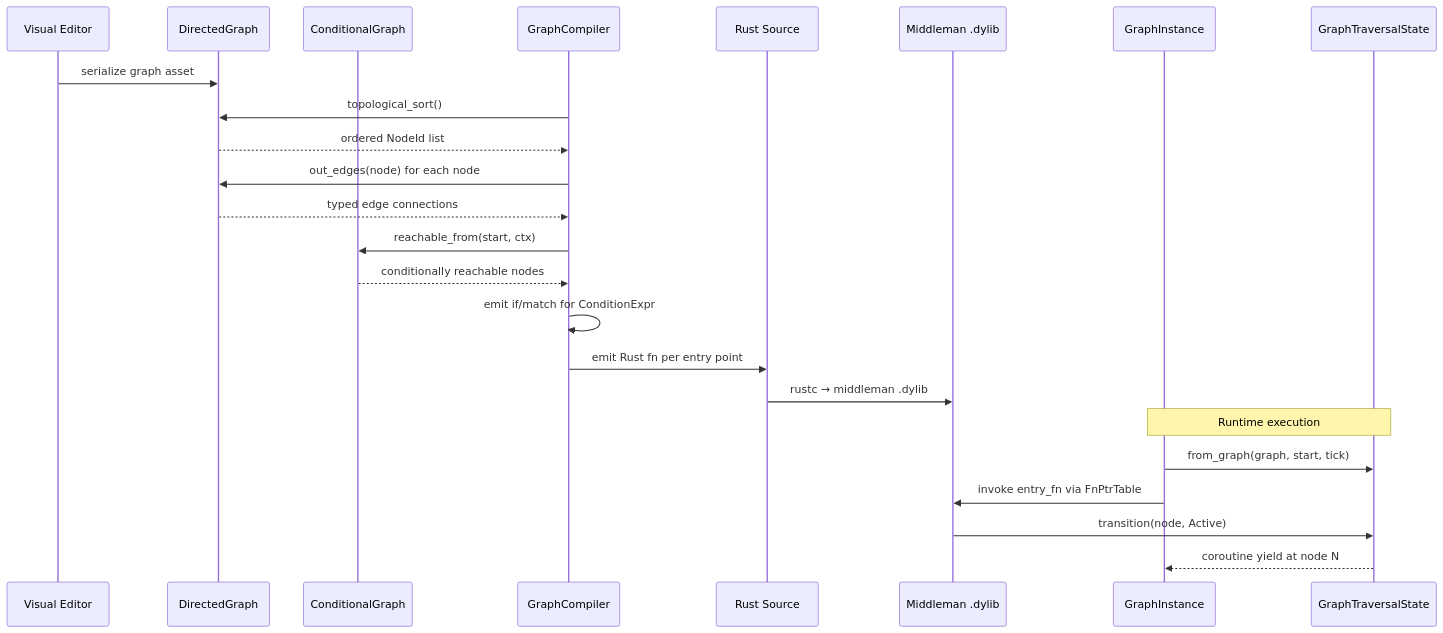
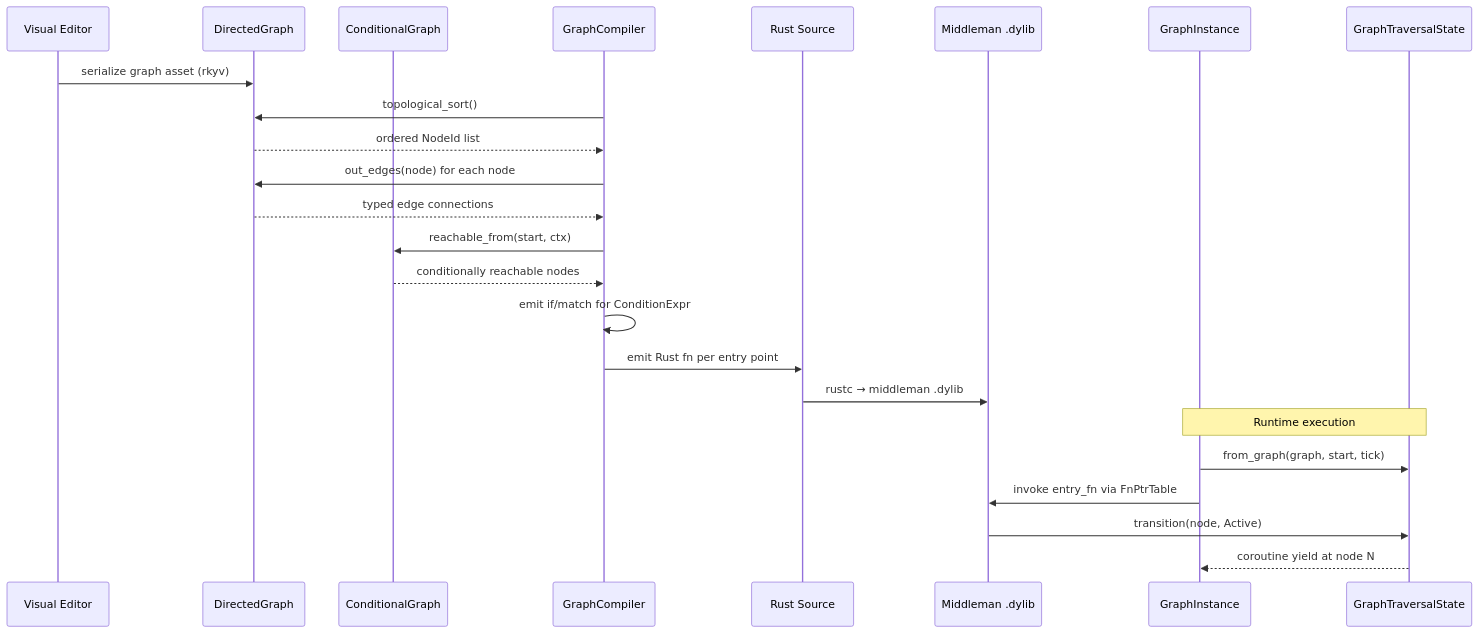
One commit to harmonius-dev/harmonius changed the second of 2 diagrams in docs/design/integration/directed-graphs-scripting.md. Above: the diagram before and after it, drawn with Mermaid. The commit also changed other lines of this file and 57 other files, not shown here.

````diff
--- a/docs/design/integration/directed-graphs-scripting.md
+++ b/docs/design/integration/directed-graphs-scripting.md
@@ -100,30 +204,30 @@
 ```mermaid
 sequenceDiagram
     participant VE as Visual Editor
     participant DG as DirectedGraph
     participant CG as ConditionalGraph
     participant GC as GraphCompiler
     participant RS as Rust Source
     participant DL as Middleman .dylib
     participant GI as GraphInstance
     participant TS as GraphTraversalState
 
-    VE->>DG: serialize graph asset
+    VE->>DG: serialize graph asset (rkyv)
     GC->>DG: topological_sort()
     DG-->>GC: ordered NodeId list
     GC->>DG: out_edges(node) for each node
     DG-->>GC: typed edge connections
 
     GC->>CG: reachable_from(start, ctx)
     CG-->>GC: conditionally reachable nodes
     GC->>GC: emit if/match for ConditionExpr
 
     GC->>RS: emit Rust fn per entry point
     RS->>DL: rustc → middleman .dylib
 
     Note over GI,TS: Runtime execution
     GI->>TS: from_graph(graph, start, tick)
     GI->>DL: invoke entry_fn via FnPtrTable
     DL->>TS: transition(node, Active)
     TS-->>GI: coroutine yield at node N
 ```
````
